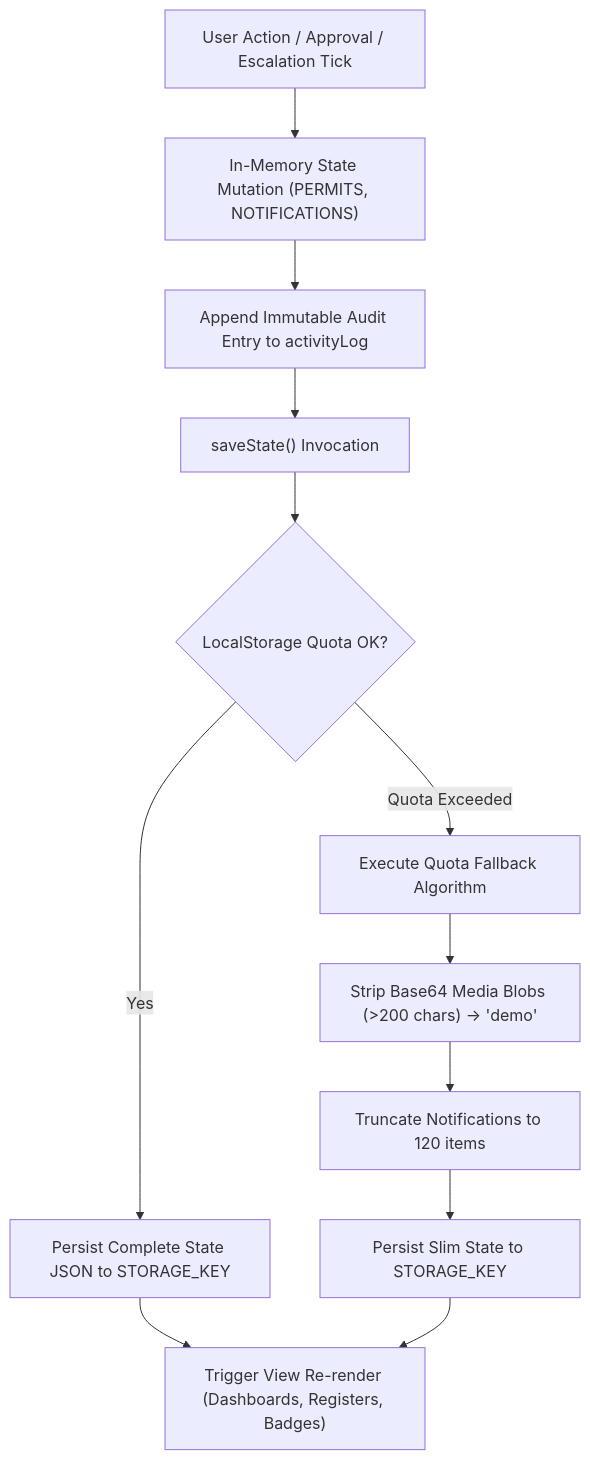
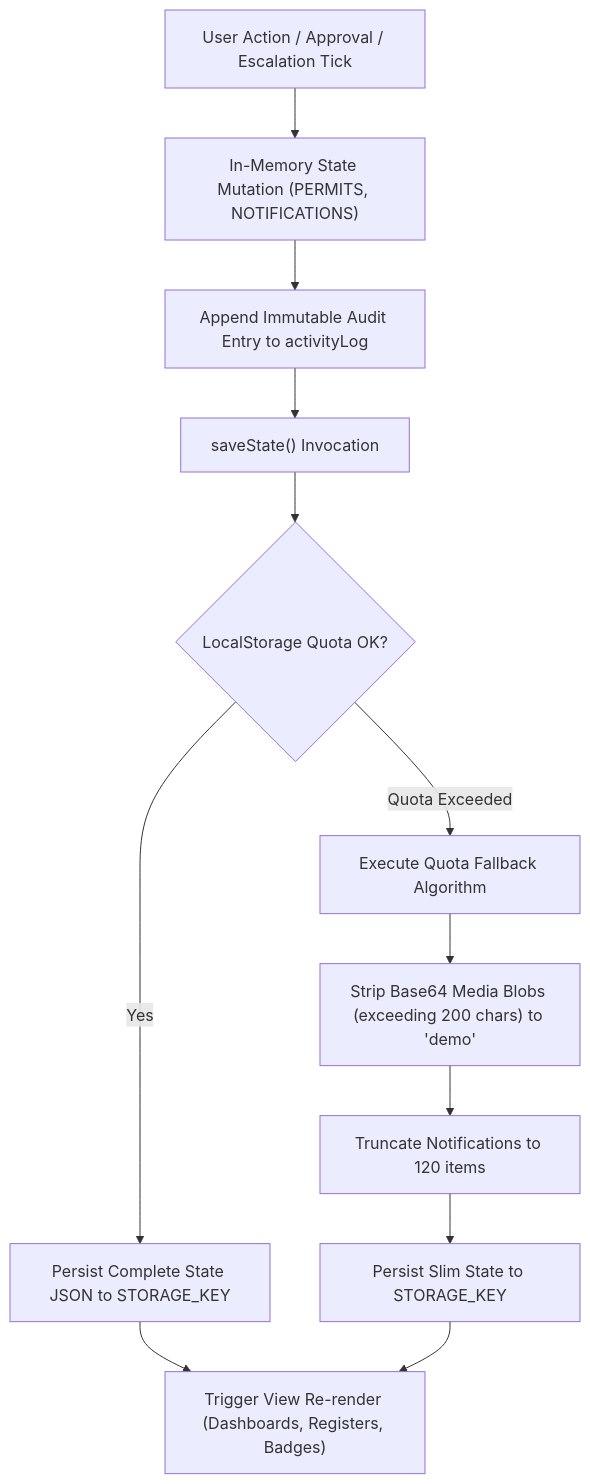
Diagram 32 of 32 in README.md (AuroGroupAutomationBot/ARPL-EHS-Demo), drawn with Mermaid before and after one commit. The commit also changed other lines of this file, not shown here.

````diff
--- a/README.md
+++ b/README.md
@@ -2950,14 +3050,14 @@
 ```mermaid
 graph TD
     A["User Action / Approval / Escalation Tick"] --> B["In-Memory State Mutation (PERMITS, NOTIFICATIONS)"]
     B --> C["Append Immutable Audit Entry to activityLog"]
     C --> D["saveState() Invocation"]
     D --> E{"LocalStorage Quota OK?"}
     E -->|Yes| F["Persist Complete State JSON to STORAGE_KEY"]
     E -->|Quota Exceeded| G["Execute Quota Fallback Algorithm"]
-    G --> H["Strip Base64 Media Blobs (>200 chars) -> 'demo'"]
+    G --> H["Strip Base64 Media Blobs (exceeding 200 chars) to 'demo'"]
     H --> I["Truncate Notifications to 120 items"]
     I --> J["Persist Slim State to STORAGE_KEY"]
     F --> K["Trigger View Re-render (Dashboards, Registers, Badges)"]
     J --> K
 ```
````
